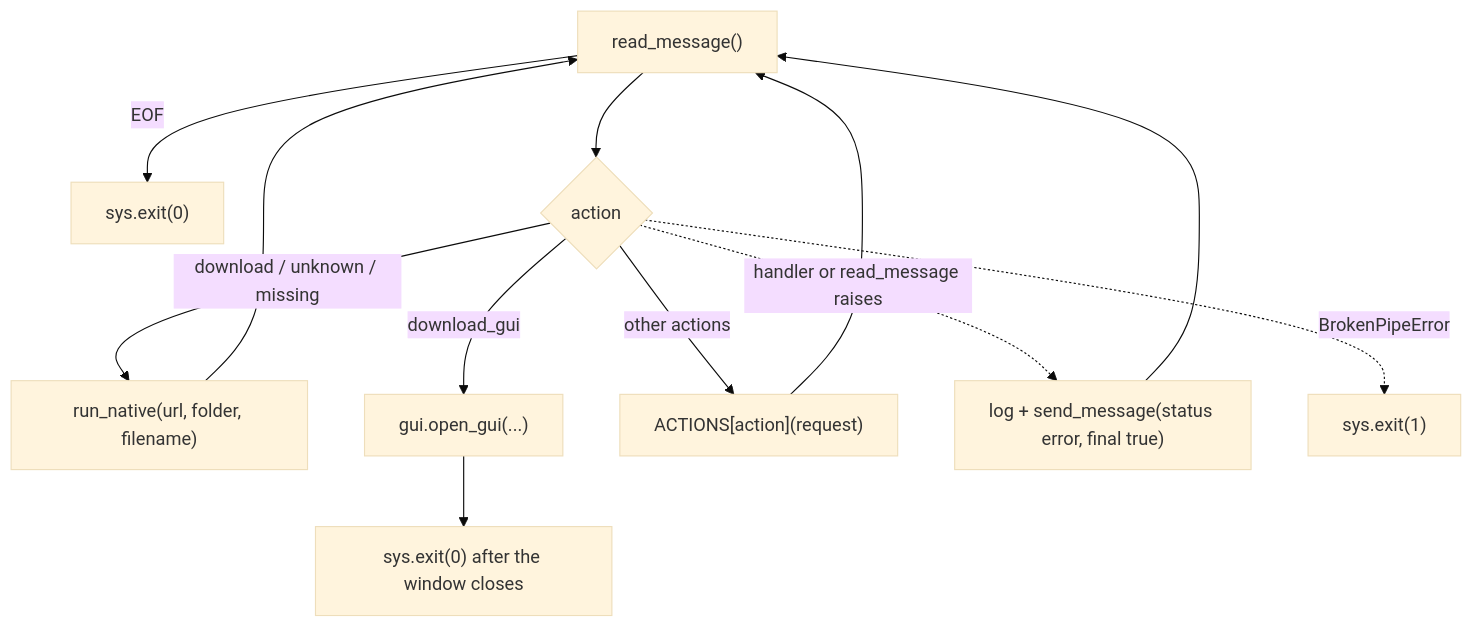
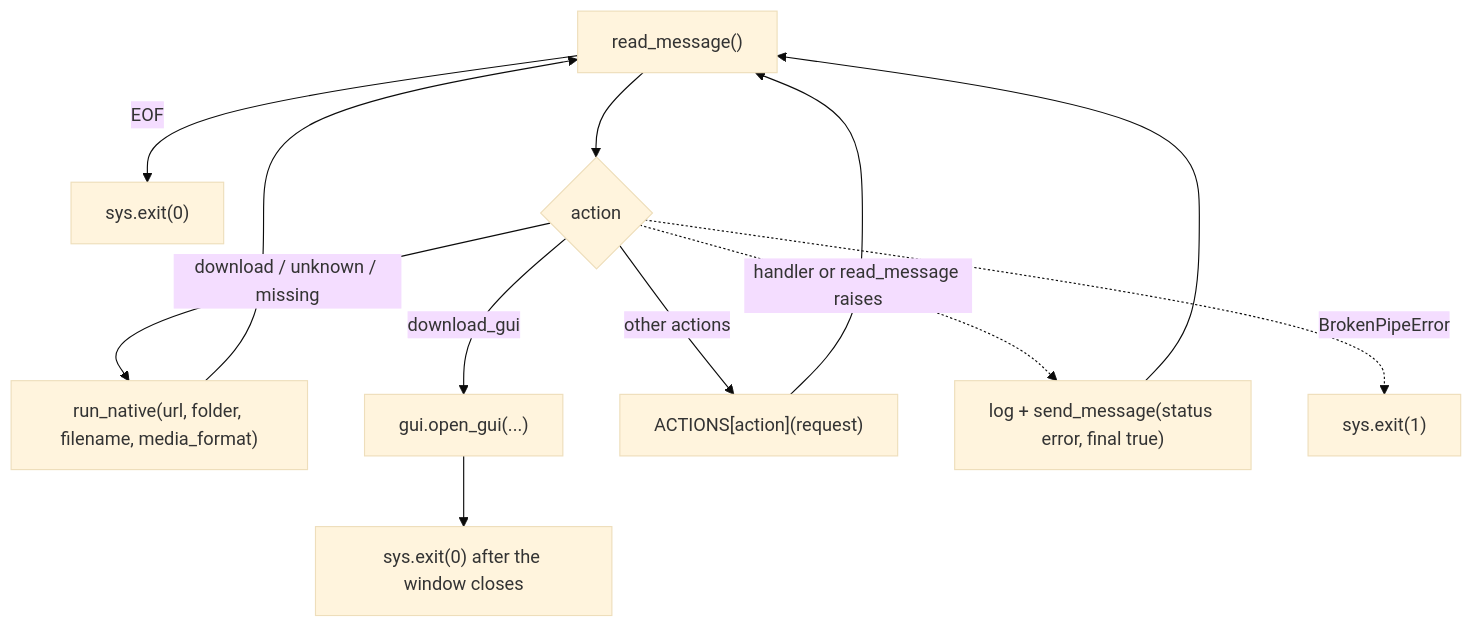
The eighth of 22 diagrams in ARCHITECTURE.md (martin-iflap/YT-MP3-Downloader), drawn with Mermaid (base theme) before and after one commit. The commit also changed other lines of this file and 21 other files, not shown here.

````diff
--- a/ARCHITECTURE.md
+++ b/ARCHITECTURE.md
@@ -541,12 +573,12 @@
 ```mermaid
 flowchart TB
     R["read_message()"] -- "EOF" --> X["sys.exit(0)"]
     R --> D{"action"}
-    D -- "download / unknown / missing" --> RN["run_native(url, folder, filename)"]
+    D -- "download / unknown / missing" --> RN["run_native(url, folder, filename, media_format)"]
     D -- "download_gui" --> RG["gui.open_gui(...)"] --> X0["sys.exit(0) after the window closes"]
     D -- "other actions" --> H["ACTIONS[action](request)"]
     RN --> R
     H --> R
     D -. "handler or read_message raises" .-> E["log + send_message(status error, final true)"] --> R
     D -. "BrokenPipeError" .-> X1["sys.exit(1)"]
 ```
````
